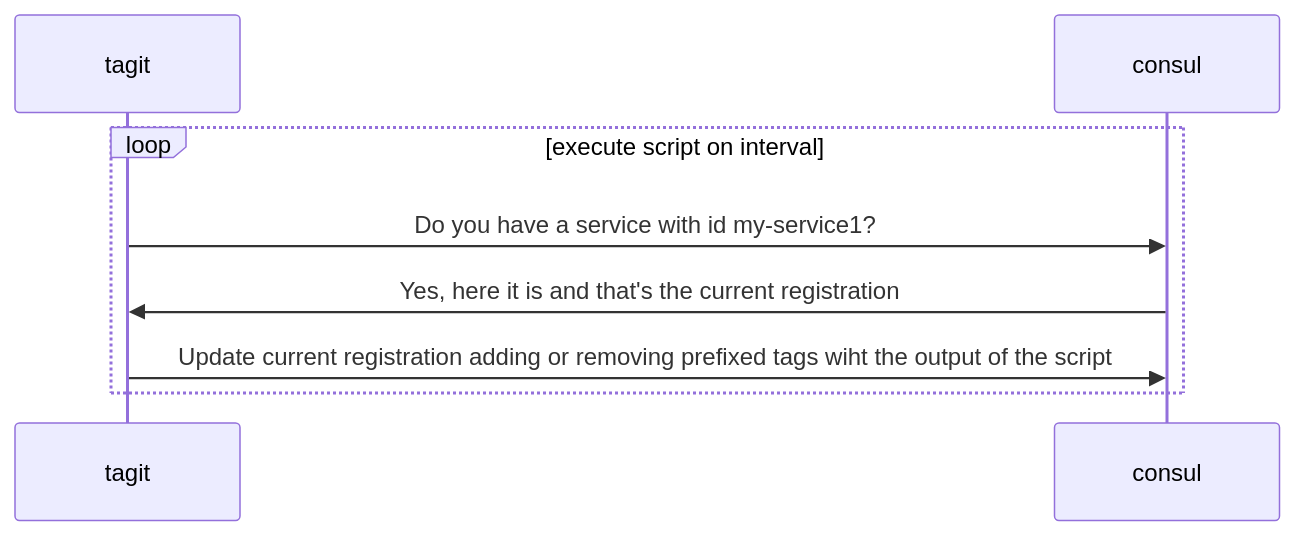
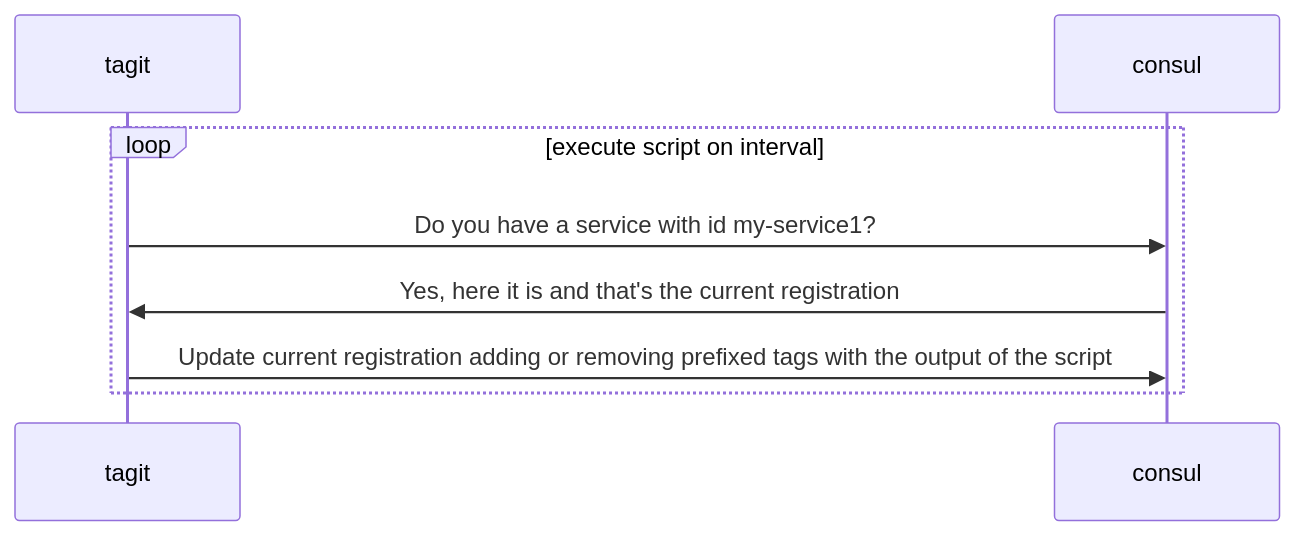
The diagram in README.md (ncode/tagit), drawn with Mermaid before and after one commit. The commit also changed other lines of this file, not shown here.

````diff
--- a/README.md
+++ b/README.md
@@ -32,10 +72,10 @@
 ```mermaid
 sequenceDiagram
     participant tagit
     participant consul
     loop execute script on interval
         tagit->>consul: Do you have a service with id my-service1?
         consul->>tagit: Yes, here it is and that's the current registration
-        tagit->>consul: Update current registration adding or removing prefixed tags wiht the output of the script
+        tagit->>consul: Update current registration adding or removing prefixed tags with the output of the script
     end
 ```
````
